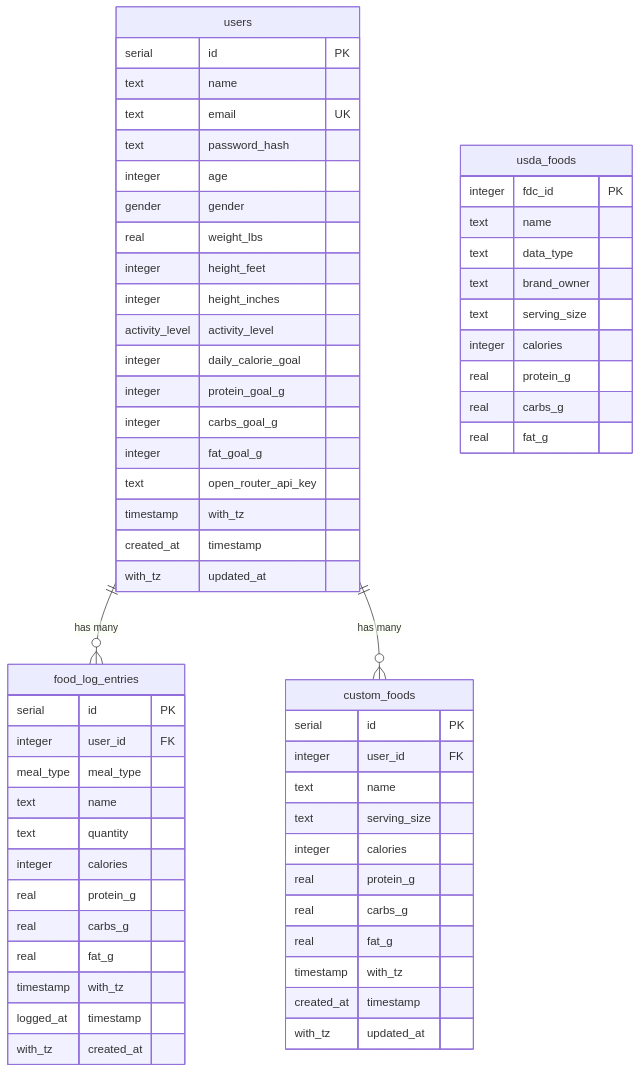
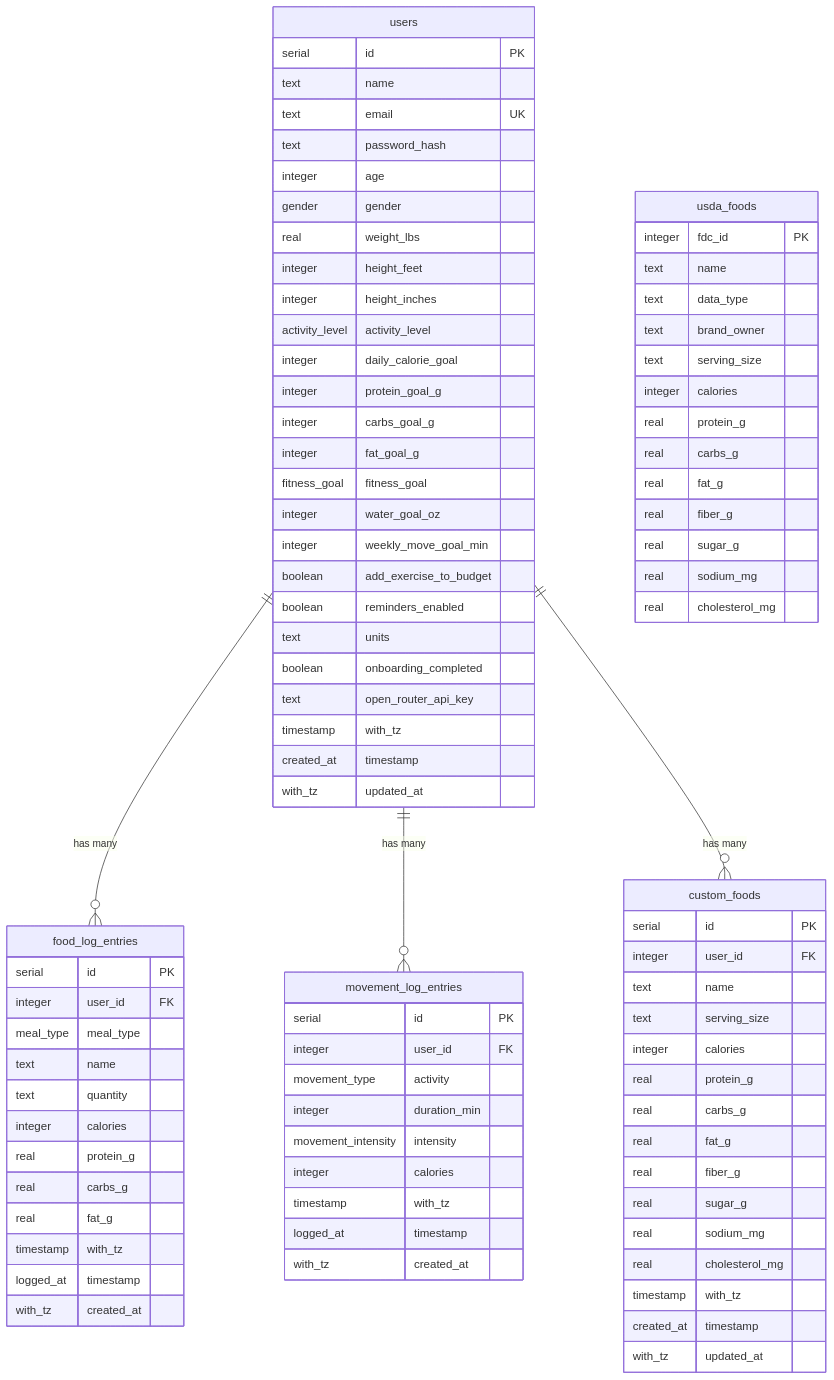
One commit to camman3d/sparknourish changed the diagram in PROJECT_STATUS.md. Above: the diagram before and after it, drawn with Mermaid. The commit also changed other lines of this file and 46 other files, not shown here.

First line of the commit message:
Add movement / exercise tracking

````diff
--- a/PROJECT_STATUS.md
+++ b/PROJECT_STATUS.md
@@ -143,6 +186,7 @@
 ```mermaid
 erDiagram
     users ||--o{ food_log_entries : "has many"
+    users ||--o{ movement_log_entries : "has many"
     users ||--o{ custom_foods : "has many"
 
     users {
@@ -160,6 +204,13 @@
         integer protein_goal_g
         integer carbs_goal_g
         integer fat_goal_g
+        fitness_goal fitness_goal
+        integer water_goal_oz
+        integer weekly_move_goal_min
+        boolean add_exercise_to_budget
+        boolean reminders_enabled
+        text units
+        boolean onboarding_completed
         text open_router_api_key
         timestamp with_tz created_at
         timestamp with_tz updated_at
@@ -179,6 +230,17 @@
         timestamp with_tz created_at
     }
 
+    movement_log_entries {
+        serial id PK
+        integer user_id FK
+        movement_type activity
+        integer duration_min
+        movement_intensity intensity
+        integer calories
+        timestamp with_tz logged_at
+        timestamp with_tz created_at
+    }
+
     custom_foods {
         serial id PK
         integer user_id FK
@@ -188,6 +250,10 @@
         real protein_g
         real carbs_g
         real fat_g
+        real fiber_g
+        real sugar_g
+        real sodium_mg
+        real cholesterol_mg
         timestamp with_tz created_at
         timestamp with_tz updated_at
     }
@@ -202,5 +268,9 @@
         real protein_g
         real carbs_g
         real fat_g
+        real fiber_g
+        real sugar_g
+        real sodium_mg
+        real cholesterol_mg
     }
 ```
````
